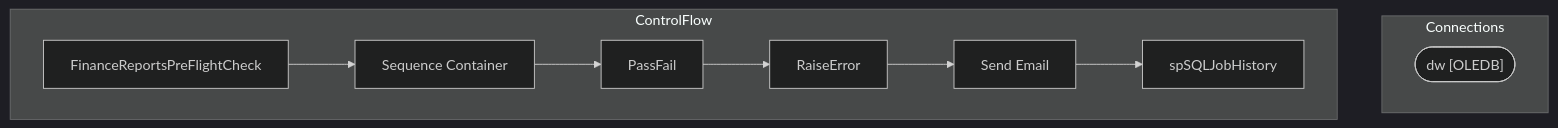
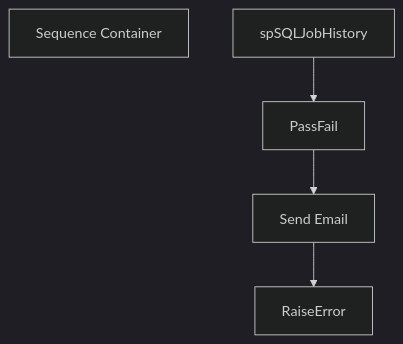
The diagram in bab-docs-explorer/Documentation/STL-SSIS-P-01/SSIS/DW/FinanceReportsPreFlightCheck.FinanceReportsPreFlightCheck.md (juanandresbrain/BABSkills), drawn with Mermaid (dark theme) before and after one commit. The commit also changed other lines of this file and 273 other files, not shown here.

````diff
--- a/bab-docs-explorer/Documentation/STL-SSIS-P-01/SSIS/DW/FinanceReportsPreFlightCheck.FinanceReportsPreFlightCheck.md
+++ b/bab-docs-explorer/Documentation/STL-SSIS-P-01/SSIS/DW/FinanceReportsPreFlightCheck.FinanceReportsPreFlightCheck.md
@@ -9,19 +36,11 @@
 ```mermaid
 flowchart TD
-    subgraph Connections
-        dw_conn(["dw [OLEDB]"])
-    end
-    subgraph ControlFlow
-        FinanceReportsPreFlightCheck_task["FinanceReportsPreFlightCheck"]
-        Sequence_Container_task["Sequence Container"]
-        FinanceReportsPreFlightCheck_task --> Sequence_Container_task
-        PassFail_task["PassFail"]
-        Sequence_Container_task --> PassFail_task
-        RaiseError_task["RaiseError"]
-        PassFail_task --> RaiseError_task
-        Send_Email_task["Send Email"]
-        RaiseError_task --> Send_Email_task
-        spSQLJobHistory_task["spSQLJobHistory"]
-        Send_Email_task --> spSQLJobHistory_task
-    end
+    n_Package_Sequence_Container["Sequence Container"]
+    n_Package_Sequence_Container_PassFail["PassFail"]
+    n_Package_Sequence_Container_RaiseError["RaiseError"]
+    n_Package_Sequence_Container_Send_Email["Send Email"]
+    n_Package_Sequence_Container_spSQLJobHistory["spSQLJobHistory"]
+    n_Package_Sequence_Container_spSQLJobHistory --> n_Package_Sequence_Container_PassFail
+    n_Package_Sequence_Container_PassFail --> n_Package_Sequence_Container_Send_Email
+    n_Package_Sequence_Container_Send_Email --> n_Package_Sequence_Container_RaiseError
 ```
````
